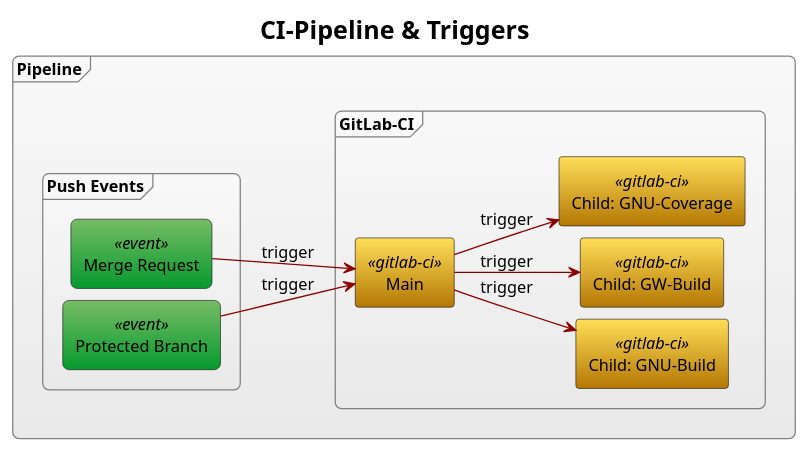
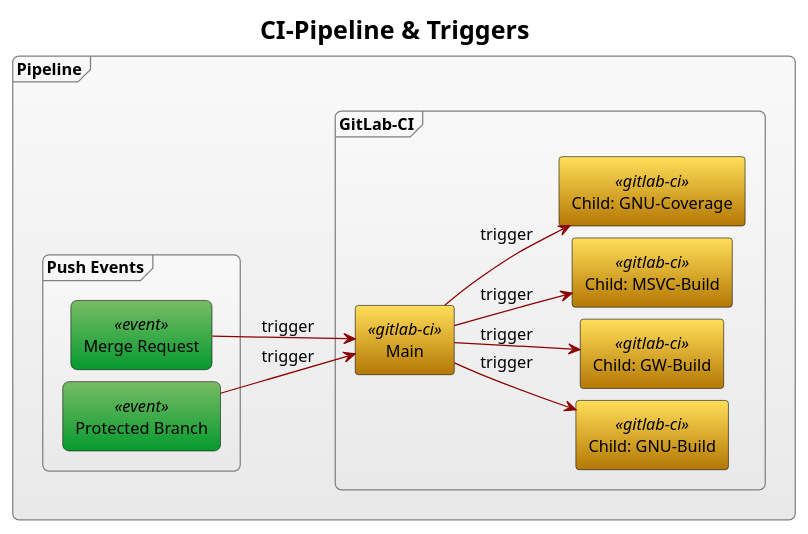
One commit to Scanframe/sf-cmake changed the diagram in tpl/root/doc/ci-pipeline.puml. Above: the diagram before and after it, drawn with PlantUML. The commit also changed 6 other files, not shown here.

Commit message:
Fixed plantuml image generation in Doxygen using a custom Python script as a postprocess.

```diff
--- a/tpl/root/doc/ci-pipeline.puml
+++ b/tpl/root/doc/ci-pipeline.puml
@@ -1,68 +1,70 @@
 @startuml
 <style>
 	FontName Arial
 	FontSize 13
 	root
 	{
 		Padding 0
 		Margin 0
 		HorizontalAlignment Left
 	}
 	frame {
 		' define a new style, using CSS class syntax
 			FontColor Black
 			LineColor Gray
 			' Transparency is also possible
 			'BackgroundColor #52A0DC55
 			BackgroundColor #F9F9F9-#E9E9E9
 			'[From top left to bottom right <&fullscreen-enter>]
 			RoundCorner 10
 		}
 	}
 	rectangle
 	{
 		.event
 		{
 			'Green gradient
 			BackgroundColor #77BC65-#069A2E
 			RoundCorner 10
 		}
 		.gitlab-ci
 		{
 			BackgroundColor #FFDE59-#B47804
 		}
 	}
 	arrow
 	{
 		LineColor darkred
 	}
 }
 </style>
 
 skinparam TitleFontStyle Bold
 skinparam TitleFontSize 20
 skinparam RankSep 40
 skinparam NodeSep 10
 
 title "CI-Pipeline & Triggers"
 
 frame "Pipeline" as pipeline {
 	left to right direction
 	frame "Push Events" as events {
 		rectangle "Merge Request" <<event>> as merge_event
 		rectangle "Protected Branch" <<event>> as protected_event
 	}
 	frame "GitLab-CI" as gitlab_ci {
 		rectangle "Child: GNU-Build" <<gitlab-ci>> as gnu_cmake
 		rectangle "Child: GW-Build" <<gitlab-ci>> as gw_cmake
+		rectangle "Child: MSVC-Build" <<gitlab-ci>> as msvc_cmake
 		rectangle "Child: GNU-Coverage" <<gitlab-ci>> as gnu_coverage
 		rectangle "Main" <<gitlab-ci>> as main
 	}
 	'Connectors
 	protected_event -> main : trigger
 	merge_event --> main : trigger
 	main --> gnu_cmake : trigger
 	main --> gw_cmake : trigger
+	main --> msvc_cmake : trigger
 	main --> gnu_coverage : trigger
 }
 @enduml
```
